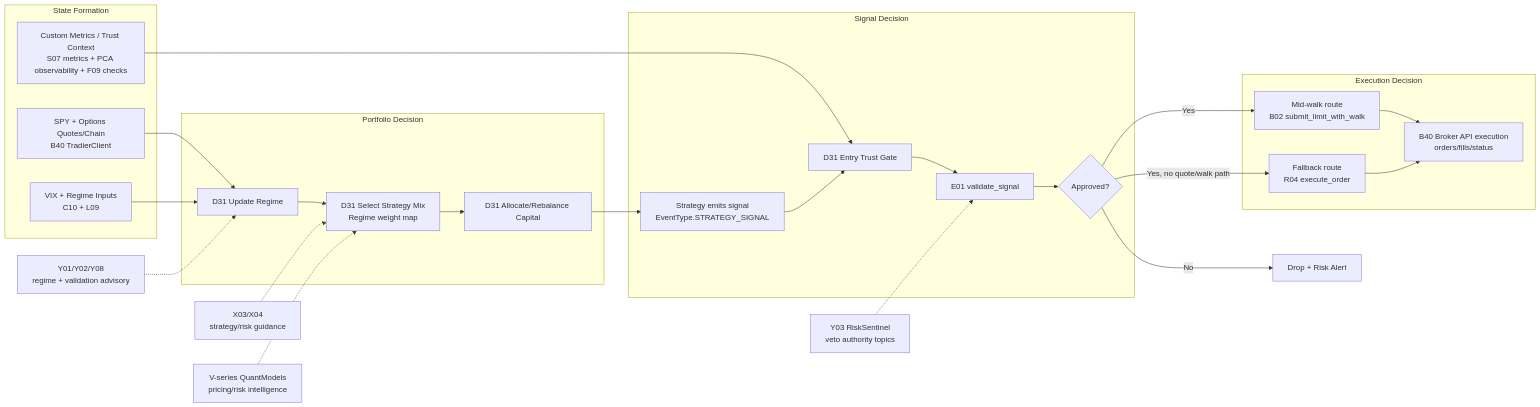
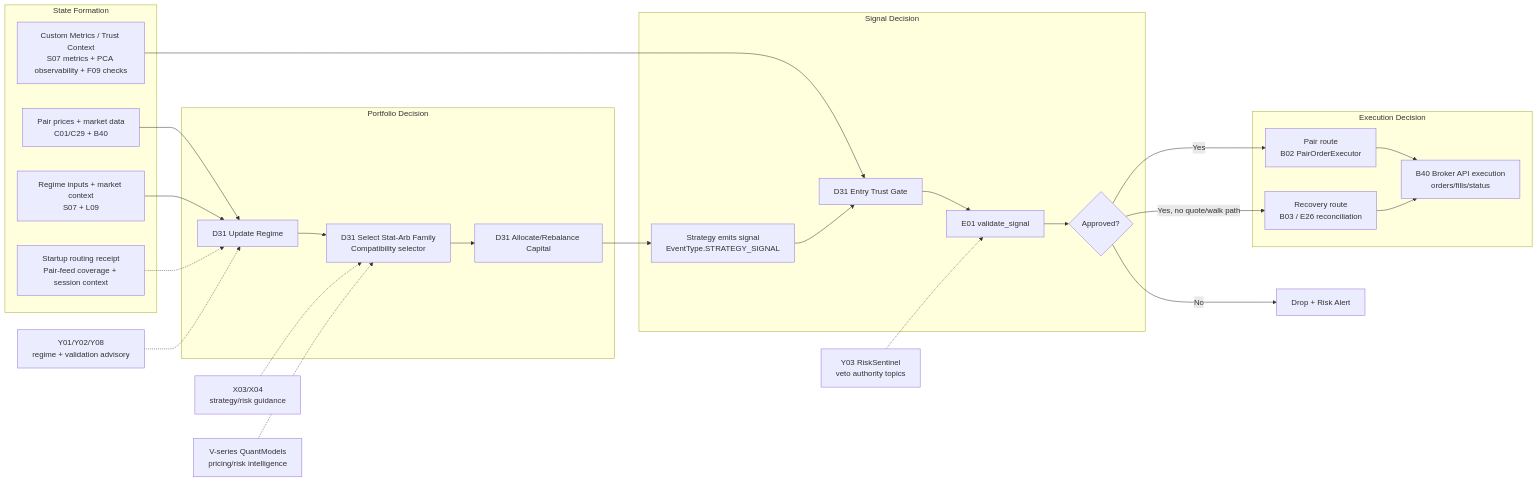
The diagram in 01-Overview-Specs/Trading-Decision-One-Page.md (mtalib/Tradov), drawn with Mermaid before and after one commit. The commit also changed other lines of this file and 378 other files, not shown here.

````diff
--- a/01-Overview-Specs/Trading-Decision-One-Page.md
+++ b/01-Overview-Specs/Trading-Decision-One-Page.md
@@ -17,40 +21,42 @@
 ```mermaid
 flowchart LR
     subgraph S1[State Formation]
-        A1[SPY + Options Quotes/Chain\nB40 TradierClient]
-        A2[VIX + Regime Inputs\nC10 + L09]
+        A1[Pair prices + market data\nC01/C29 + B40]
+        A2[Regime inputs + market context\nS07 + L09]
         A3[Custom Metrics / Trust Context\nS07 metrics + PCA observability + F09 checks]
+        A4[Startup routing receipt\nPair-feed coverage + session context]
     end
 
     subgraph S2[Portfolio Decision]
         B1[D31 Update Regime]
-        B2[D31 Select Strategy Mix\nRegime weight map]
+        B2[D31 Select Stat-Arb Family\nCompatibility selector]
         B3[D31 Allocate/Rebalance Capital]
     end
 
     subgraph S3[Signal Decision]
         C1[Strategy emits signal\nEventType.STRATEGY_SIGNAL]
         C2[D31 Entry Trust Gate]
         C3[E01 validate_signal]
         C4{Approved?}
     end
 
     subgraph S4[Execution Decision]
-        D1[Mid-walk route\nB02 submit_limit_with_walk]
-        D2[Fallback route\nR04 execute_order]
+        D1[Pair route\nB02 PairOrderExecutor]
+        D2[Recovery route\nB03 / E26 reconciliation]
         D3[B40 Broker API execution\norders/fills/status]
     end
 
     A1 --> B1
     A2 --> B1
     A3 --> C2
+    A4 -.-> B1
     B1 --> B2 --> B3 --> C1 --> C2 --> C3 --> C4
     C4 -->|Yes| D1 --> D3
     C4 -->|Yes, no quote/walk path| D2 --> D3
     C4 -->|No| X1[Drop + Risk Alert]
 
     Y1[Y01/Y02/Y08\nregime + validation advisory] -.-> B1
     Y2[Y03 RiskSentinel\nveto authority topics] -.-> C3
     X3[X03/X04\nstrategy/risk guidance] -.-> B2
     V1[V-series QuantModels\npricing/risk intelligence] -.-> B2
 ```
````
